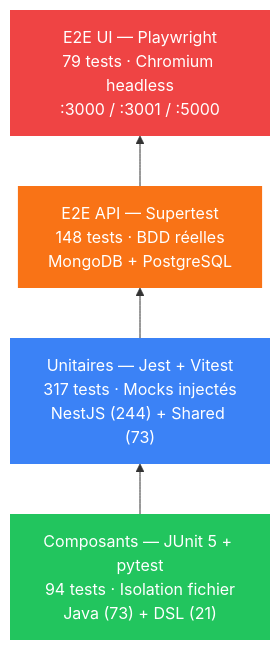
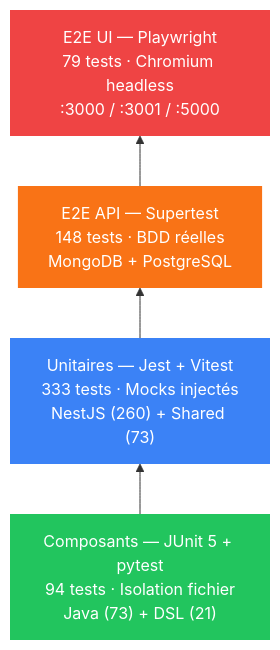
One commit to creibaud/QuartierConnect changed the first of 2 diagrams in docs/TEST.md. Above: the diagram before and after it, drawn with Mermaid. The commit also changed other lines of this file and 5 other files, not shown here.

````diff
--- a/docs/TEST.md
+++ b/docs/TEST.md
@@ -52,19 +52,19 @@
 ```mermaid
 flowchart BT
     classDef e2eui fill:#ef4444,color:#fff,stroke:none
     classDef e2eapi fill:#f97316,color:#fff,stroke:none
     classDef unit fill:#3b82f6,color:#fff,stroke:none
     classDef comp fill:#22c55e,color:#fff,stroke:none
 
     E2EUI["E2E UI — Playwright<br/>79 tests · Chromium headless<br/>:3000 / :3001 / :5000"]
     E2EAPI["E2E API — Supertest<br/>148 tests · BDD réelles<br/>MongoDB + PostgreSQL"]
-    UNIT["Unitaires — Jest + Vitest<br/>317 tests · Mocks injectés<br/>NestJS (244) + Shared (73)"]
+    UNIT["Unitaires — Jest + Vitest<br/>333 tests · Mocks injectés<br/>NestJS (260) + Shared (73)"]
     COMP["Composants — JUnit 5 + pytest<br/>94 tests · Isolation fichier<br/>Java (73) + DSL (21)"]
 
     COMP --> UNIT --> E2EAPI --> E2EUI
 
     class E2EUI e2eui
     class E2EAPI e2eapi
     class UNIT unit
     class COMP comp
 ```
````
